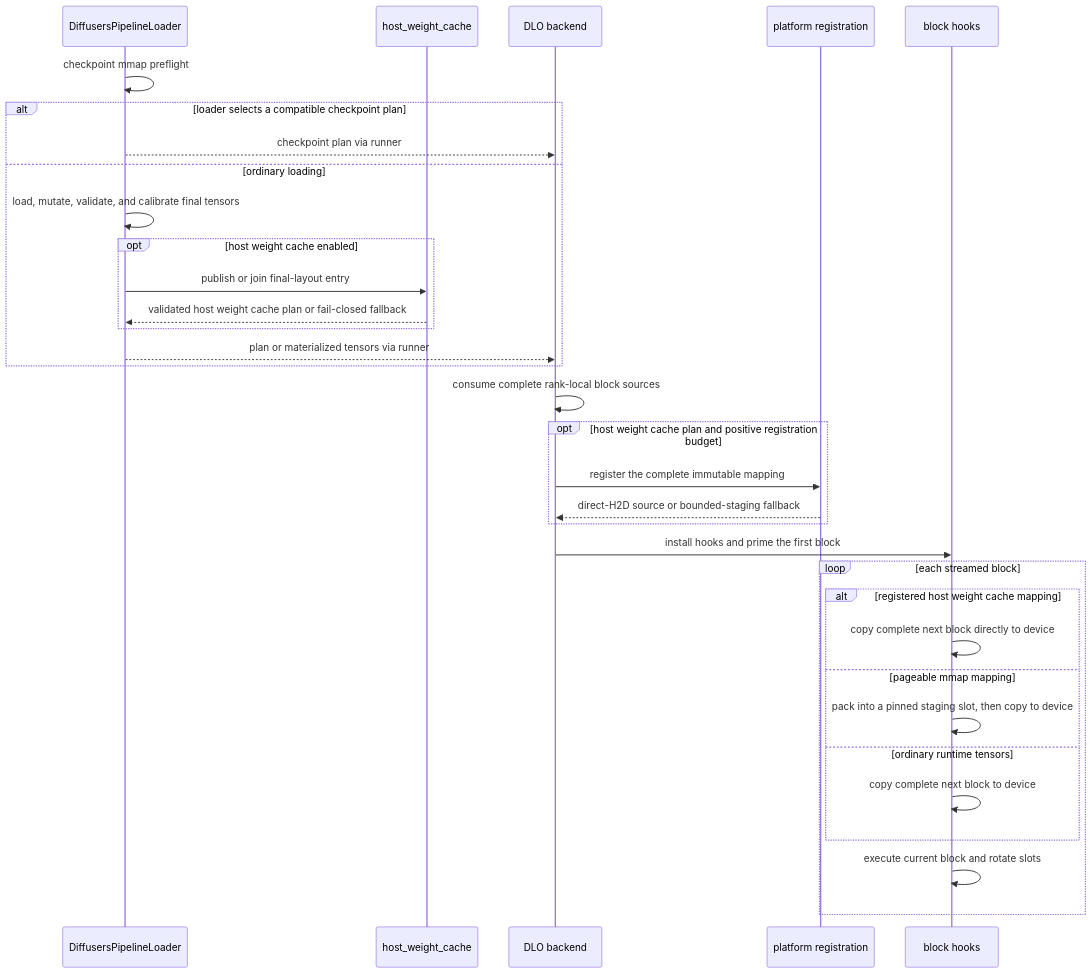
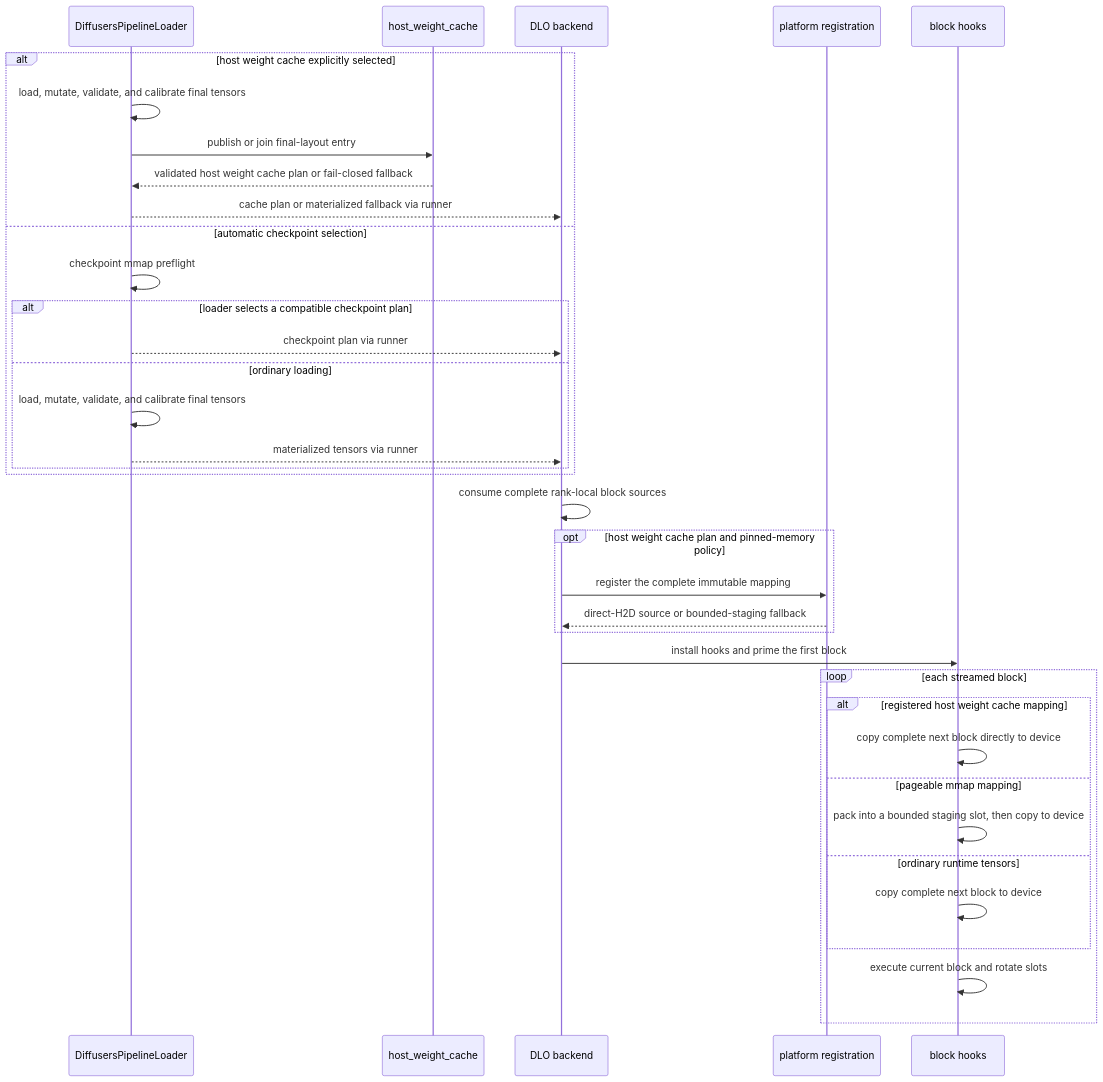
The fourth of 4 diagrams in docs/design/feature/offloader/distributed_layerwise_offload.md (Asthenia0412/vllm-omni), drawn with Mermaid before and after one commit. The commit also changed other lines of this file and 13 other files, not shown here.

Commit message:
[Diffusion] Prefer host-cache registration when pinned

````diff
--- a/docs/design/feature/offloader/distributed_layerwise_offload.md
+++ b/docs/design/feature/offloader/distributed_layerwise_offload.md
@@ -241,36 +245,39 @@
 ```mermaid
 sequenceDiagram
     participant L as DiffusersPipelineLoader
     participant C as host_weight_cache
     participant B as DLO backend
     participant P as platform registration
     participant H as block hooks
 
-    L->>L: checkpoint mmap preflight
-    alt loader selects a compatible checkpoint plan
-        L-->>B: checkpoint plan via runner
-    else ordinary loading
+    alt host weight cache explicitly selected
         L->>L: load, mutate, validate, and calibrate final tensors
-        opt host weight cache enabled
-            L->>C: publish or join final-layout entry
-            C-->>L: validated host weight cache plan or fail-closed fallback
+        L->>C: publish or join final-layout entry
+        C-->>L: validated host weight cache plan or fail-closed fallback
+        L-->>B: cache plan or materialized fallback via runner
+    else automatic checkpoint selection
+        L->>L: checkpoint mmap preflight
+        alt loader selects a compatible checkpoint plan
+            L-->>B: checkpoint plan via runner
+        else ordinary loading
+            L->>L: load, mutate, validate, and calibrate final tensors
+            L-->>B: materialized tensors via runner
         end
-        L-->>B: plan or materialized tensors via runner
     end
     B->>B: consume complete rank-local block sources
-    opt host weight cache plan and positive registration budget
+    opt host weight cache plan and pinned-memory policy
         B->>P: register the complete immutable mapping
         P-->>B: direct-H2D source or bounded-staging fallback
     end
     B->>H: install hooks and prime the first block
     loop each streamed block
         alt registered host weight cache mapping
             H->>H: copy complete next block directly to device
         else pageable mmap mapping
-            H->>H: pack into a pinned staging slot, then copy to device
+            H->>H: pack into a bounded staging slot, then copy to device
         else ordinary runtime tensors
             H->>H: copy complete next block to device
         end
         H->>H: execute current block and rotate slots
     end
 ```
````
